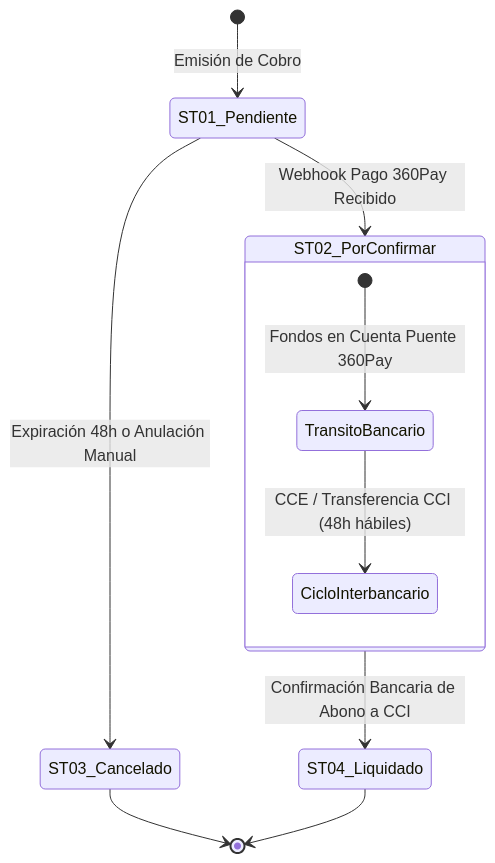
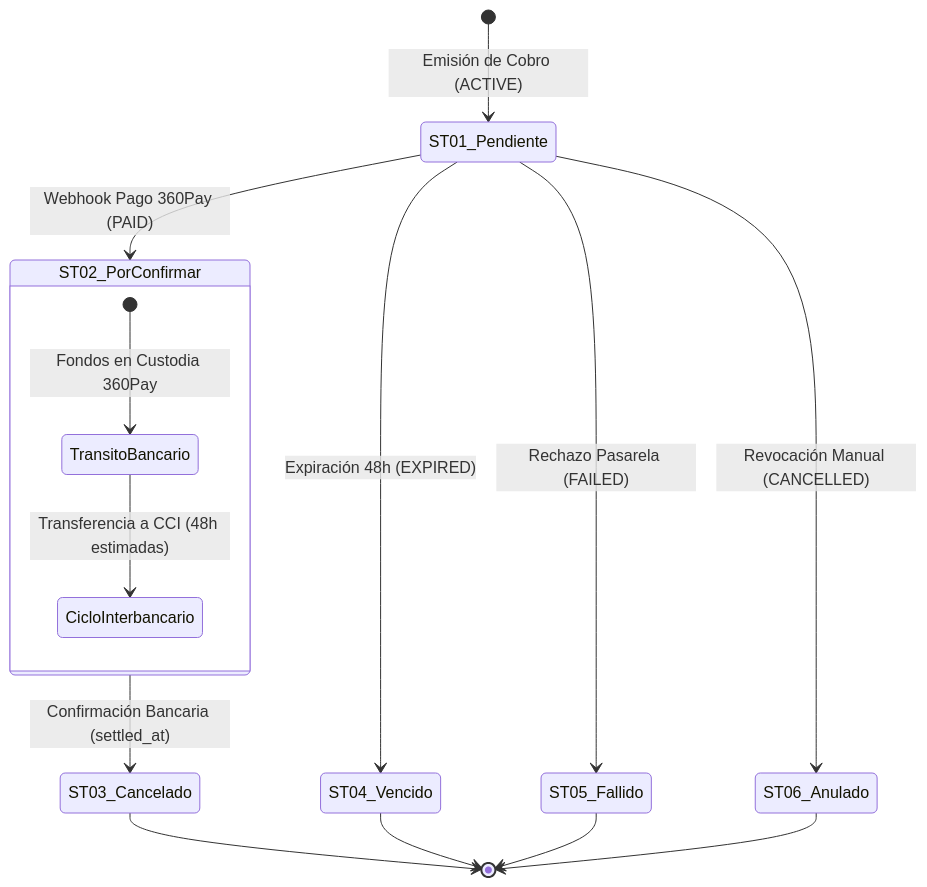
The second of 2 diagrams in docs/07-arquitectura-backend-logica-completa.md (Kuota-inc/kuota-app), drawn with Mermaid before and after one commit. The commit also changed other lines of this file and 17 other files, not shown here.

````diff
--- a/docs/07-arquitectura-backend-logica-completa.md
+++ b/docs/07-arquitectura-backend-logica-completa.md
@@ -178,15 +185,19 @@
 ```mermaid
 stateDiagram-v2
-    [*] --> ST01_Pendiente: Emisión de Cobro
-    ST01_Pendiente --> ST02_PorConfirmar: Webhook Pago 360Pay Recibido
-    ST01_Pendiente --> ST03_Cancelado: Expiración 48h o Anulación Manual
+    [*] --> ST01_Pendiente: Emisión de Cobro (ACTIVE)
+    ST01_Pendiente --> ST02_PorConfirmar: Webhook Pago 360Pay (PAID)
+    ST01_Pendiente --> ST04_Vencido: Expiración 48h (EXPIRED)
+    ST01_Pendiente --> ST05_Fallido: Rechazo Pasarela (FAILED)
+    ST01_Pendiente --> ST06_Anulado: Revocación Manual (CANCELLED)
     
     state ST02_PorConfirmar {
-        [*] --> TransitoBancario: Fondos en Cuenta Puente 360Pay
-        TransitoBancario --> CicloInterbancario: CCE / Transferencia CCI (48h hábiles)
+        [*] --> TransitoBancario: Fondos en Custodia 360Pay
+        TransitoBancario --> CicloInterbancario: Transferencia a CCI (48h estimadas)
     }
     
-    ST02_PorConfirmar --> ST04_Liquidado: Confirmación Bancaria de Abono a CCI
+    ST02_PorConfirmar --> ST03_Cancelado: Confirmación Bancaria (settled_at)
     ST03_Cancelado --> [*]
-    ST04_Liquidado --> [*]
+    ST04_Vencido --> [*]
+    ST05_Fallido --> [*]
+    ST06_Anulado --> [*]
 ```
````
